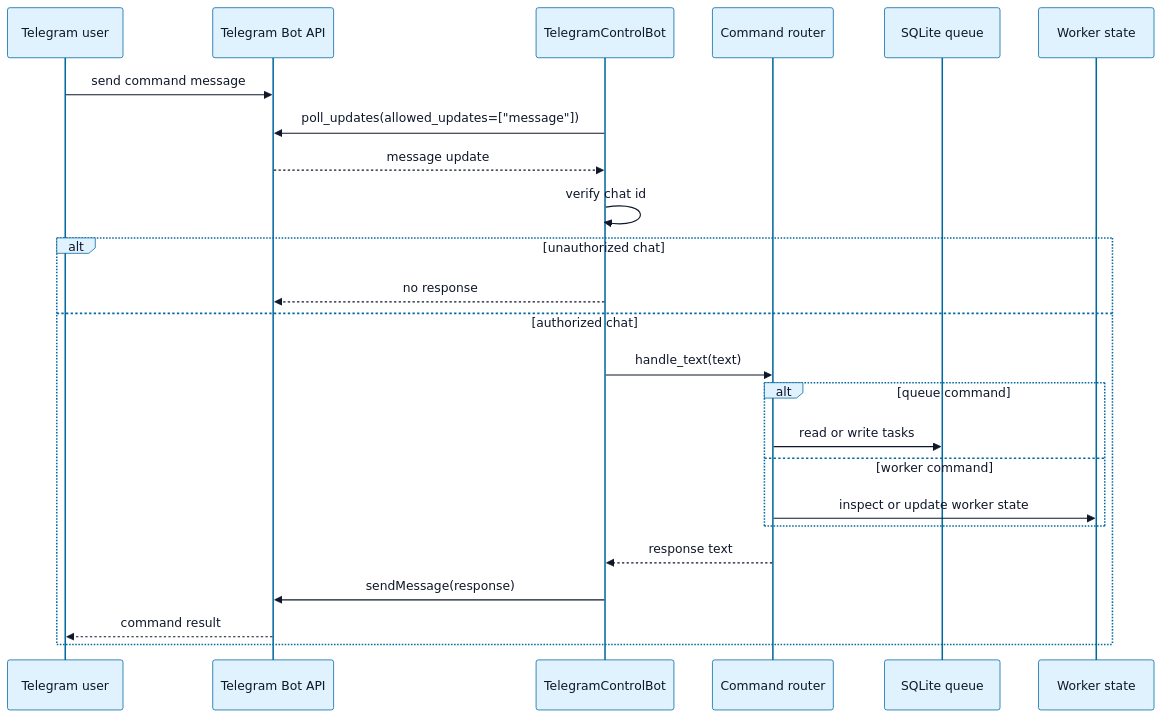
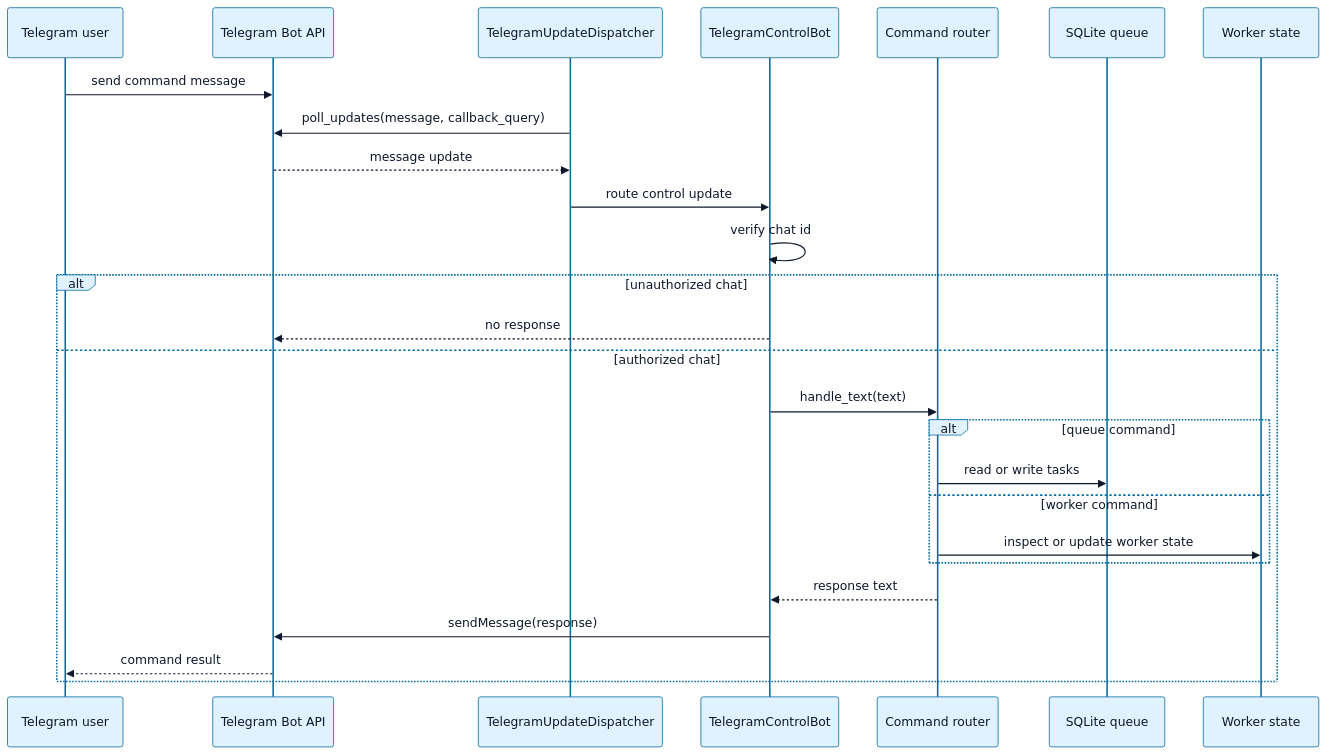
One commit to kinderp/durex changed the second of 3 diagrams in docs/TELEGRAM_REMOTE_CONTROL.md. Above: the diagram before and after it, drawn with Mermaid. The commit also changed other lines of this file and 1 other file, not shown here.

First line of the commit message:
docs(telegram): align dispatcher ownership flows

````diff
--- a/docs/TELEGRAM_REMOTE_CONTROL.md
+++ b/docs/TELEGRAM_REMOTE_CONTROL.md
@@ -230,28 +240,30 @@
 ```mermaid
 %%{init: {"theme":"base","themeVariables":{"background":"#ffffff","primaryColor":"#e0f2fe","primaryTextColor":"#0f172a","primaryBorderColor":"#0369a1","lineColor":"#334155","secondaryColor":"#dcfce7","secondaryTextColor":"#0f172a","secondaryBorderColor":"#15803d","tertiaryColor":"#fef3c7","tertiaryTextColor":"#0f172a","tertiaryBorderColor":"#b45309","edgeLabelBackground":"#ffffff","clusterBkg":"#f8fafc","clusterBorder":"#cbd5e1","fontFamily":"Arial, sans-serif"}}}%%
 sequenceDiagram
     participant User as Telegram user
     participant API as Telegram Bot API
+    participant Dispatcher as TelegramUpdateDispatcher
     participant Bot as TelegramControlBot
     participant Router as Command router
     participant Queue as SQLite queue
     participant Worker as Worker state
 
     User->>API: send command message
-    Bot->>API: poll_updates(allowed_updates=["message"])
-    API-->>Bot: message update
+    Dispatcher->>API: poll_updates(message, callback_query)
+    API-->>Dispatcher: message update
+    Dispatcher->>Bot: route control update
     Bot->>Bot: verify chat id
     alt unauthorized chat
         Bot-->>API: no response
     else authorized chat
         Bot->>Router: handle_text(text)
         alt queue command
             Router->>Queue: read or write tasks
         else worker command
             Router->>Worker: inspect or update worker state
         end
         Router-->>Bot: response text
         Bot->>API: sendMessage(response)
         API-->>User: command result
     end
 ```
````
